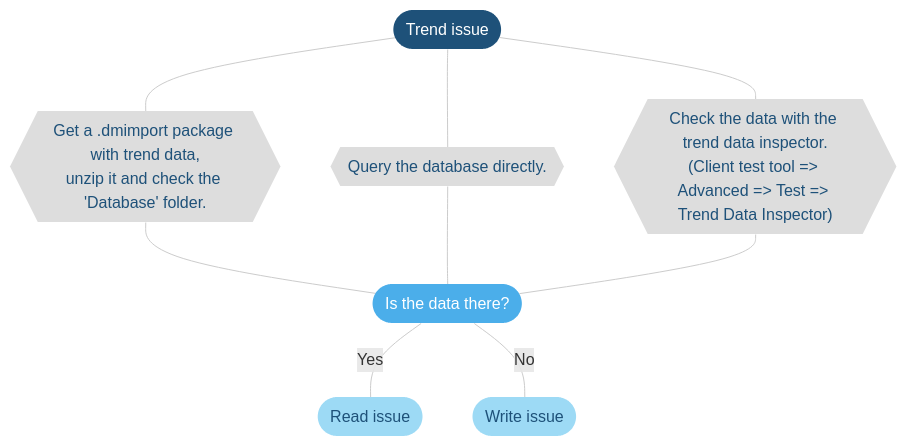
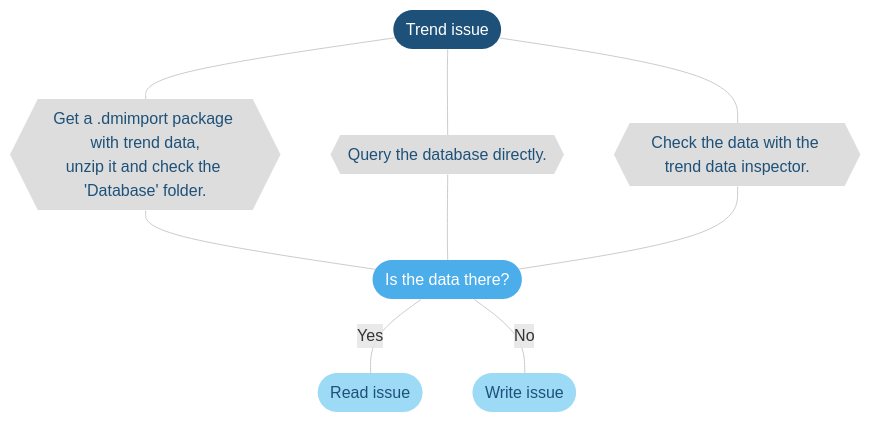
One commit to SkylineCommunications/dataminer-docs changed the first of 3 diagrams in user-guide/Troubleshooting/Troubleshooting_Flowcharts/Troubleshooting_Trending.md. Above: the diagram before and after it, drawn with Mermaid. The commit also changed other lines of this file, not shown here.

```diff
--- a/user-guide/Troubleshooting/Troubleshooting_Flowcharts/Troubleshooting_Trending.md
+++ b/user-guide/Troubleshooting/Troubleshooting_Flowcharts/Troubleshooting_Trending.md
@@ -17,39 +17,39 @@
 <div class="mermaid">
 flowchart TD
 %% Define styles %%
 linkStyle default stroke:#cccccc
 classDef classTerminal fill:#1e5179,stroke:#1e5179,color:#ffffff,stroke-width:0px;
 classDef classDecision fill:#4baeea,stroke:#4baeea,color:#ffffff,stroke-width:0px;
 classDef classExternalRef fill:#9ddaf5,stroke:#9ddaf5,color:#1E5179,stroke-width:0px;
 classDef classActionClickable fill:#999999,stroke:#999999,color:#ffffff,stroke-width:0px;
 classDef classAction fill:#dddddd,stroke:#dddddd,color:#1E5179,stroke-width:0px;
 classDef classSolution fill:#58595b,stroke:#58595b,color:#ffffff,stroke-width:0px;
 %% Define blocks %%
 START([Trend issue])
 GetDELT{{Get a .dmimport package with trend data,\nunzip it and check the 'Database' folder.}}
-TrendDataInspector{{"Check the data with the trend data inspector.\n(Client test tool => Advanced => Test => Trend Data Inspector)"}}
+TrendDataInspector{{"Check the data with the trend data inspector."}}
 QueryDatabase{{Query the database directly.}}
 DataPresent([Is the data there?])
 ReadIssue([Read issue])
 WriteIssue([Write issue])
 %% Connect blocks %%
 START --- GetDELT
 START --- TrendDataInspector
 START --- QueryDatabase
 GetDELT --- DataPresent
 QueryDatabase --- DataPresent
 TrendDataInspector --- DataPresent
 DataPresent --- |Yes|ReadIssue
 DataPresent --- |No|WriteIssue
 %% Define hyperlinks %%
 click ReadIssue "#read-issue" "Trending"
 click WriteIssue "#write-issue" "Trending"
 %% Apply styles to blocks %%
 class START classTerminal;
 class AlarmConsole,Surveyor,Apps,Trending classExternalRef;
 %%class classActionClickable;
 class GetDELT,TrendDataInspector,QueryDatabase,FollowCTT,ReadIssueChecks,ClientExport,WriteIssueActionLogging,WriteIssueActionDBXML,WriteIssueActionTrendTemplate,WriteIssueActionParameter classAction;
 class DataPresent classDecision;
 class NotFixed classSolution;
 class ReadIssue,WriteIssue classExternalRef;
 </div>
```
